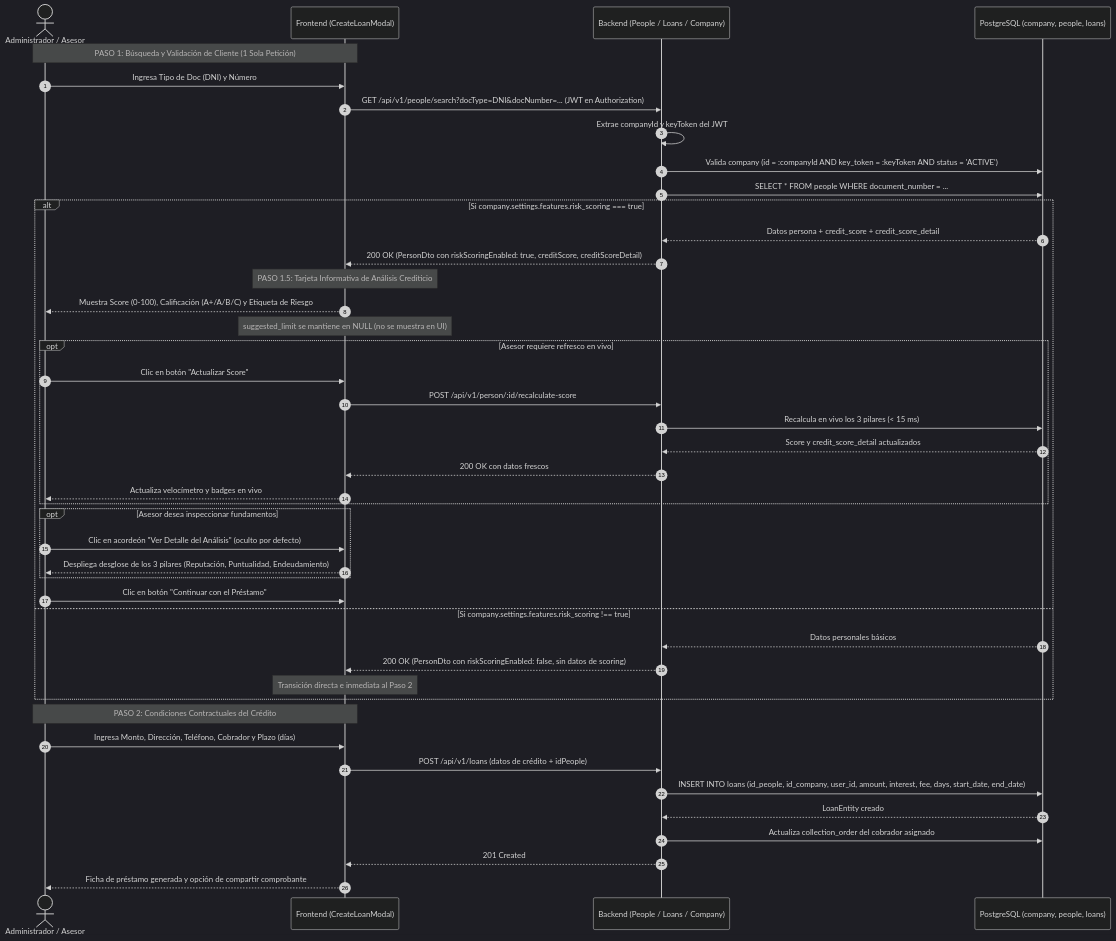
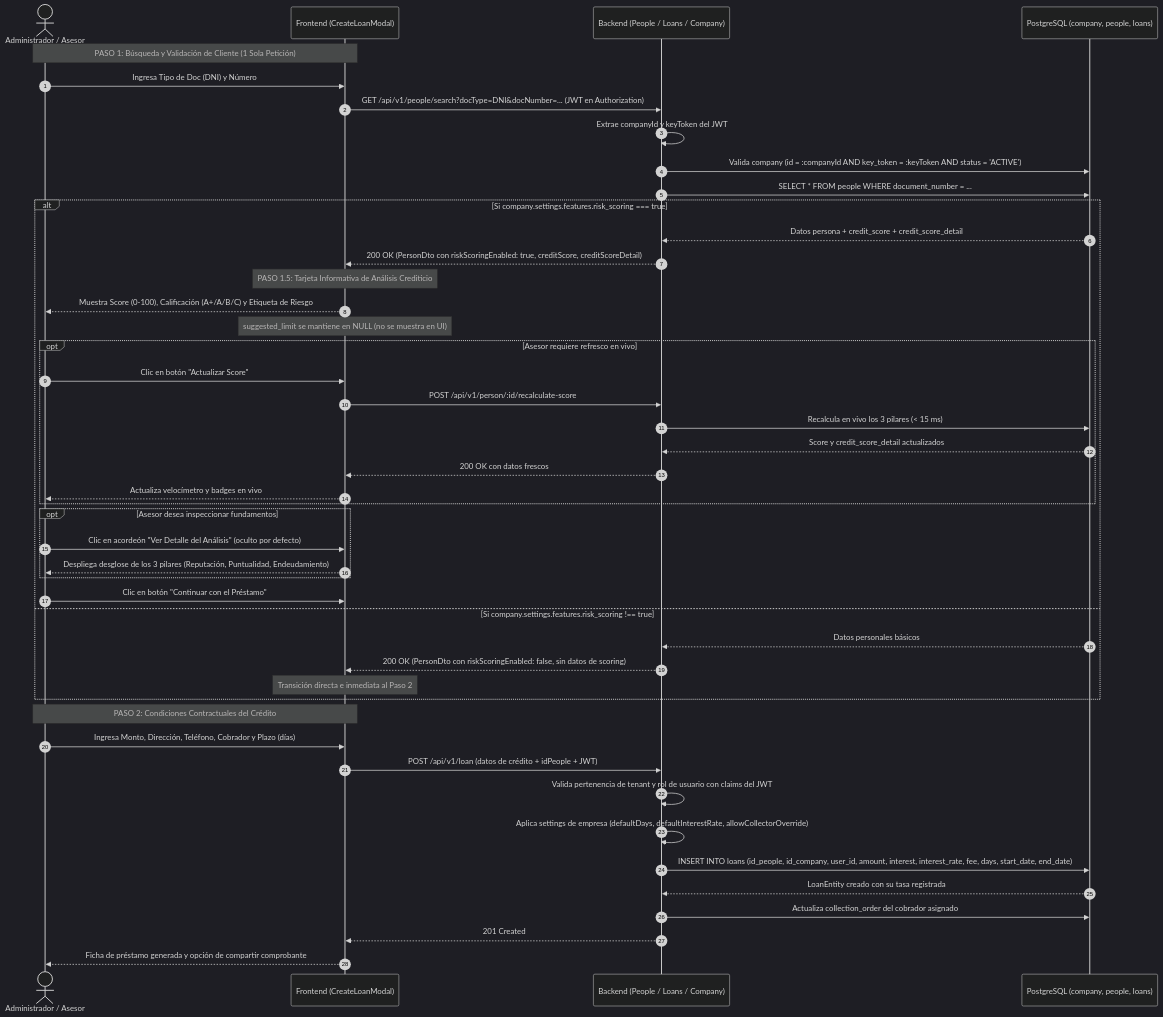
Before and after one commit to alexisb1v1/PrestamosApi: the fourth of 14 diagrams in .antigravity/workflows.md, drawn with Mermaid (dark theme). The commit also changed other lines of this file and 31 other files, not shown here.

Commit message:
docs: add database architecture, product specification, and domain modules for loans, reports, and system crons

````diff
--- a/.antigravity/workflows.md
+++ b/.antigravity/workflows.md
@@ -237,51 +239,53 @@
 ```mermaid
 sequenceDiagram
     autonumber
     actor A as Administrador / Asesor
     participant PWA as Frontend (CreateLoanModal)
     participant API as Backend (People / Loans / Company)
     participant DB as PostgreSQL (company, people, loans)
 
     Note over A, PWA: PASO 1: Búsqueda y Validación de Cliente (1 Sola Petición)
     A->>PWA: Ingresa Tipo de Doc (DNI) y Número
     PWA->>API: GET /api/v1/people/search?docType=DNI&docNumber=... (JWT en Authorization)
     API->>API: Extrae companyId y keyToken del JWT
     API->>DB: Valida company (id = :companyId AND key_token = :keyToken AND status = 'ACTIVE')
     API->>DB: SELECT * FROM people WHERE document_number = ...
     alt Si company.settings.features.risk_scoring === true
         DB-->>API: Datos persona + credit_score + credit_score_detail
         API-->>PWA: 200 OK (PersonDto con riskScoringEnabled: true, creditScore, creditScoreDetail)
         Note over PWA: PASO 1.5: Tarjeta Informativa de Análisis Crediticio
         PWA-->>A: Muestra Score (0-100), Calificación (A+/A/B/C) y Etiqueta de Riesgo
         Note over PWA: suggested_limit se mantiene en NULL (no se muestra en UI)
         
         opt Asesor requiere refresco en vivo
             A->>PWA: Clic en botón "Actualizar Score"
             PWA->>API: POST /api/v1/person/:id/recalculate-score
             API->>DB: Recalcula en vivo los 3 pilares (< 15 ms)
             DB-->>API: Score y credit_score_detail actualizados
             API-->>PWA: 200 OK con datos frescos
             PWA-->>A: Actualiza velocímetro y badges en vivo
         end
 
         opt Asesor desea inspeccionar fundamentos
             A->>PWA: Clic en acordeón "Ver Detalle del Análisis" (oculto por defecto)
             PWA-->>A: Despliega desglose de los 3 pilares (Reputación, Puntualidad, Endeudamiento)
         end
 
         A->>PWA: Clic en botón "Continuar con el Préstamo"
     else Si company.settings.features.risk_scoring !== true
         DB-->>API: Datos personales básicos
         API-->>PWA: 200 OK (PersonDto con riskScoringEnabled: false, sin datos de scoring)
         Note over PWA: Transición directa e inmediata al Paso 2
     end
 
     Note over A, PWA: PASO 2: Condiciones Contractuales del Crédito
     A->>PWA: Ingresa Monto, Dirección, Teléfono, Cobrador y Plazo (días)
-    PWA->>API: POST /api/v1/loans (datos de crédito + idPeople)
-    API->>DB: INSERT INTO loans (id_people, id_company, user_id, amount, interest, fee, days, start_date, end_date)
-    DB-->>API: LoanEntity creado
+    PWA->>API: POST /api/v1/loan (datos de crédito + idPeople + JWT)
+    API->>API: Valida pertenencia de tenant y rol de usuario con claims del JWT
+    API->>API: Aplica settings de empresa (defaultDays, defaultInterestRate, allowCollectorOverride)
+    API->>DB: INSERT INTO loans (id_people, id_company, user_id, amount, interest, interest_rate, fee, days, start_date, end_date)
+    DB-->>API: LoanEntity creado con su tasa registrada
     API->>DB: Actualiza collection_order del cobrador asignado
     API-->>PWA: 201 Created
     PWA-->>A: Ficha de préstamo generada y opción de compartir comprobante
 ```
````
